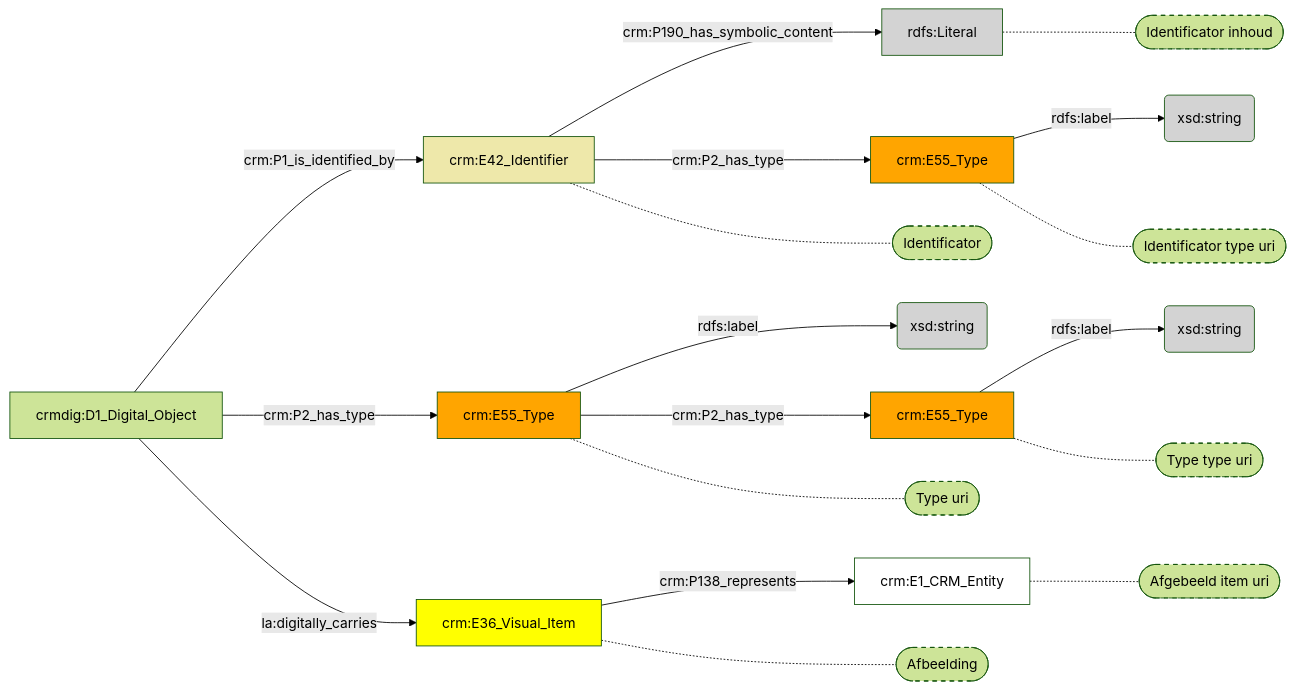
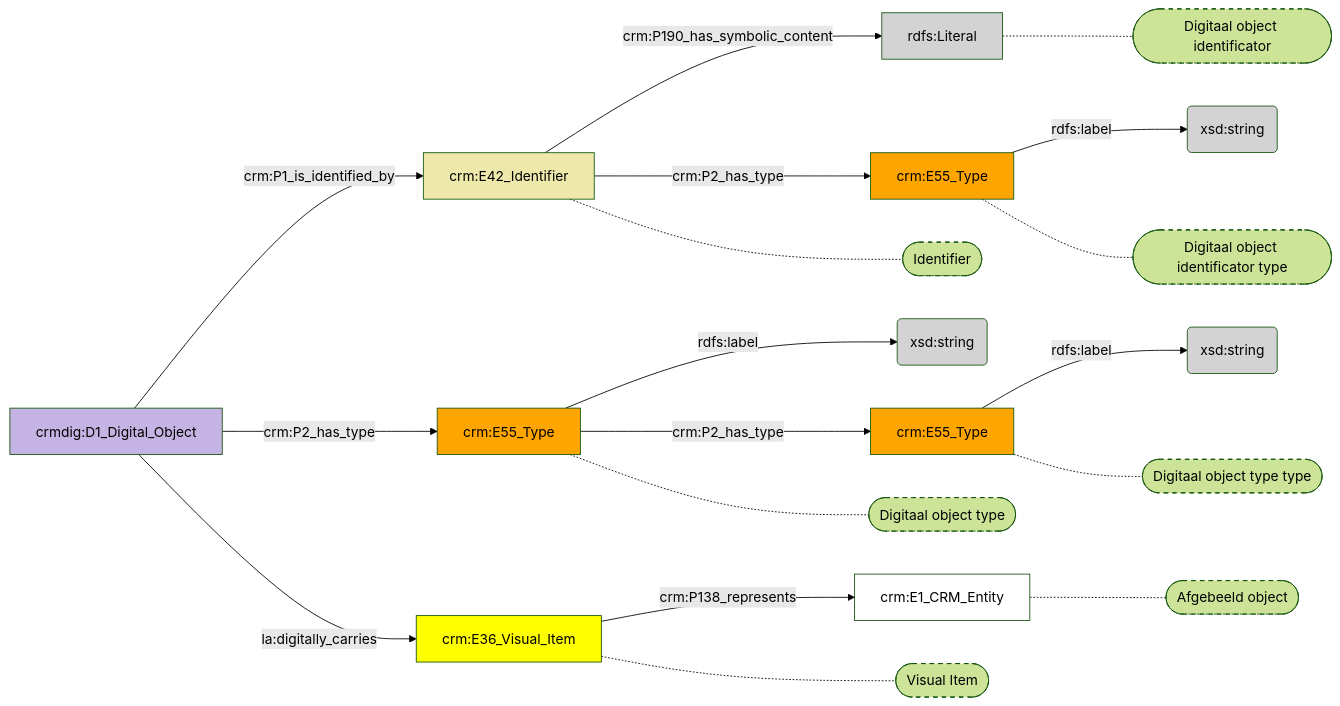
The diagram in docs/content/modellen/DigitalObject/Identificatie.md (digipolisantwerpdocumentation/antwerp-cultureel-erfgoed), drawn with Mermaid (forest theme) before and after one commit. The commit also changed 173 other files, not shown here.

````diff
--- a/docs/content/modellen/DigitalObject/Identificatie.md
+++ b/docs/content/modellen/DigitalObject/Identificatie.md
@@ -1,37 +1,38 @@
 ```mermaid
 graph LR
 ad7f9832-04fa-11ee-9497-96a6d2455259["crm:E42_Identifier"]-->|"crm:P190_has_symbolic_content"|ad7fb196-04fa-11ee-9497-96a6d2455259(rdfs:Literal)
 ad7fa3fe-04fa-11ee-9497-96a6d2455259["crm:E55_Type"]-->|"rdfs:label"|ad7fbd30-04fa-11ee-9497-96a6d2455259(xsd:string)
 ad7fb2a4-04fa-11ee-9497-96a6d2455259["crm:E55_Type"]-->|"rdfs:label"|ad7fb074-04fa-11ee-9497-96a6d2455259(xsd:string)
 ad7fbb14-04fa-11ee-9497-96a6d2455259["crm:E55_Type"]-->|"rdfs:label"|ad7fbc18-04fa-11ee-9497-96a6d2455259(xsd:string)
 ad7f9832-04fa-11ee-9497-96a6d2455259["crm:E42_Identifier"]-->|"crm:P2_has_type"|ad7fb2a4-04fa-11ee-9497-96a6d2455259["crm:E55_Type"]
 ad7fa3fe-04fa-11ee-9497-96a6d2455259["crm:E55_Type"]-->|"crm:P2_has_type"|ad7fbb14-04fa-11ee-9497-96a6d2455259["crm:E55_Type"]
 ad7fa7aa-04fa-11ee-9497-96a6d2455259["crm:E36_Visual_Item"]-->|"crm:P138_represents"|ad7fb48e-04fa-11ee-9497-96a6d2455259["crm:E1_CRM_Entity"]
 ad7fb3a8-04fa-11ee-9497-96a6d2455259["crmdig:D1_Digital_Object"]-->|"crm:P1_is_identified_by"|ad7f9832-04fa-11ee-9497-96a6d2455259["crm:E42_Identifier"]
 ad7fb3a8-04fa-11ee-9497-96a6d2455259["crmdig:D1_Digital_Object"]-->|"crm:P2_has_type"|ad7fa3fe-04fa-11ee-9497-96a6d2455259["crm:E55_Type"]
 ad7fb3a8-04fa-11ee-9497-96a6d2455259["crmdig:D1_Digital_Object"]-->|"la:digitally_carries"|ad7fa7aa-04fa-11ee-9497-96a6d2455259["crm:E36_Visual_Item"]
+ad7fb196-04fa-11ee-9497-96a6d2455259["rdfs:Literal"]-.-ad7fb196-04fa-11ee-9497-96a6d2455259_s(["Digitaal object identificator"])
+ad7fb2a4-04fa-11ee-9497-96a6d2455259["crm:E55_Type"]-.-ad7fb2a4-04fa-11ee-9497-96a6d2455259_s(["Digitaal object identificator type"])
+ad7fbb14-04fa-11ee-9497-96a6d2455259["crm:E55_Type"]-.-ad7fbb14-04fa-11ee-9497-96a6d2455259_s(["Digitaal object type type"])
+ad7fb48e-04fa-11ee-9497-96a6d2455259["crm:E1_CRM_Entity"]-.-ad7fb48e-04fa-11ee-9497-96a6d2455259_s(["Afgebeeld object"])
+ad7f9832-04fa-11ee-9497-96a6d2455259["crm:E42_Identifier"]-.-ad7f9832-04fa-11ee-9497-96a6d2455259_s(["Identifier"])
+ad7fa3fe-04fa-11ee-9497-96a6d2455259["crm:E55_Type"]-.-ad7fa3fe-04fa-11ee-9497-96a6d2455259_s(["Digitaal object type"])
+ad7fa7aa-04fa-11ee-9497-96a6d2455259["crm:E36_Visual_Item"]-.-ad7fa7aa-04fa-11ee-9497-96a6d2455259_s(["Visual Item"])
 style ad7fb196-04fa-11ee-9497-96a6d2455259_s stroke-dasharray: 5
 style ad7fb2a4-04fa-11ee-9497-96a6d2455259_s stroke-dasharray: 5
 style ad7fbb14-04fa-11ee-9497-96a6d2455259_s stroke-dasharray: 5
 style ad7fb48e-04fa-11ee-9497-96a6d2455259_s stroke-dasharray: 5
 style ad7f9832-04fa-11ee-9497-96a6d2455259_s stroke-dasharray: 5
 style ad7fa3fe-04fa-11ee-9497-96a6d2455259_s stroke-dasharray: 5
 style ad7fa7aa-04fa-11ee-9497-96a6d2455259_s stroke-dasharray: 5
-ad7fb196-04fa-11ee-9497-96a6d2455259["rdfs:Literal"]-.-ad7fb196-04fa-11ee-9497-96a6d2455259_s(["Identificator inhoud"])
-ad7fb2a4-04fa-11ee-9497-96a6d2455259["crm:E55_Type"]-.-ad7fb2a4-04fa-11ee-9497-96a6d2455259_s(["Identificator type uri"])
-ad7fbb14-04fa-11ee-9497-96a6d2455259["crm:E55_Type"]-.-ad7fbb14-04fa-11ee-9497-96a6d2455259_s(["Type type uri"])
-ad7fb48e-04fa-11ee-9497-96a6d2455259["crm:E1_CRM_Entity"]-.-ad7fb48e-04fa-11ee-9497-96a6d2455259_s(["Afgebeeld item uri"])
-ad7f9832-04fa-11ee-9497-96a6d2455259["crm:E42_Identifier"]-.-ad7f9832-04fa-11ee-9497-96a6d2455259_s(["Identificator"])
-ad7fa3fe-04fa-11ee-9497-96a6d2455259["crm:E55_Type"]-.-ad7fa3fe-04fa-11ee-9497-96a6d2455259_s(["Type uri"])
-ad7fa7aa-04fa-11ee-9497-96a6d2455259["crm:E36_Visual_Item"]-.-ad7fa7aa-04fa-11ee-9497-96a6d2455259_s(["Afbeelding"])
 style ad7f9832-04fa-11ee-9497-96a6d2455259 fill:#EEE8AA
 style ad7fa3fe-04fa-11ee-9497-96a6d2455259 fill:#ffa500
 style ad7fa7aa-04fa-11ee-9497-96a6d2455259 fill:#ffff00
 style ad7fb074-04fa-11ee-9497-96a6d2455259 fill:#D3D3D3
 style ad7fb196-04fa-11ee-9497-96a6d2455259 fill:#D3D3D3
 style ad7fb2a4-04fa-11ee-9497-96a6d2455259 fill:#ffa500
+style ad7fb3a8-04fa-11ee-9497-96a6d2455259 fill:#C5B4E3
 style ad7fb48e-04fa-11ee-9497-96a6d2455259 fill:#ffffff
 style ad7fbb14-04fa-11ee-9497-96a6d2455259 fill:#ffa500
 style ad7fbc18-04fa-11ee-9497-96a6d2455259 fill:#D3D3D3
 style ad7fbd30-04fa-11ee-9497-96a6d2455259 fill:#D3D3D3
 ```
````
